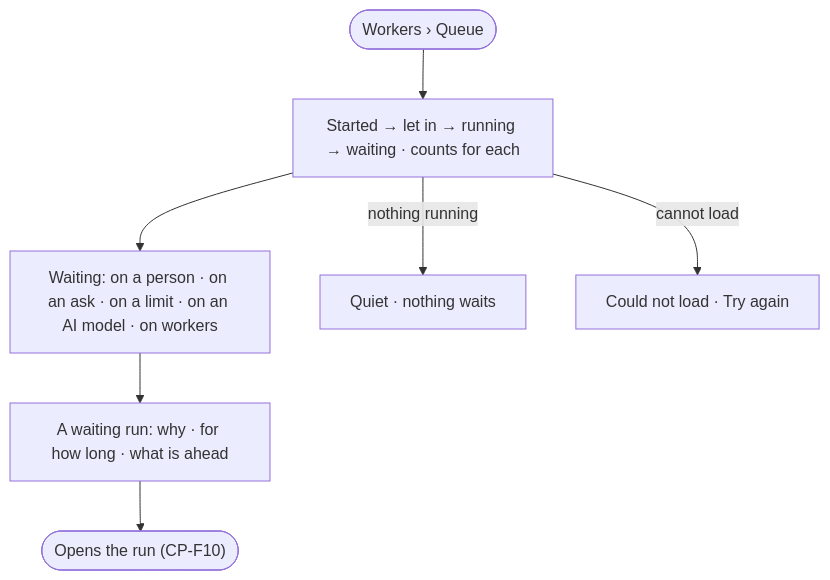
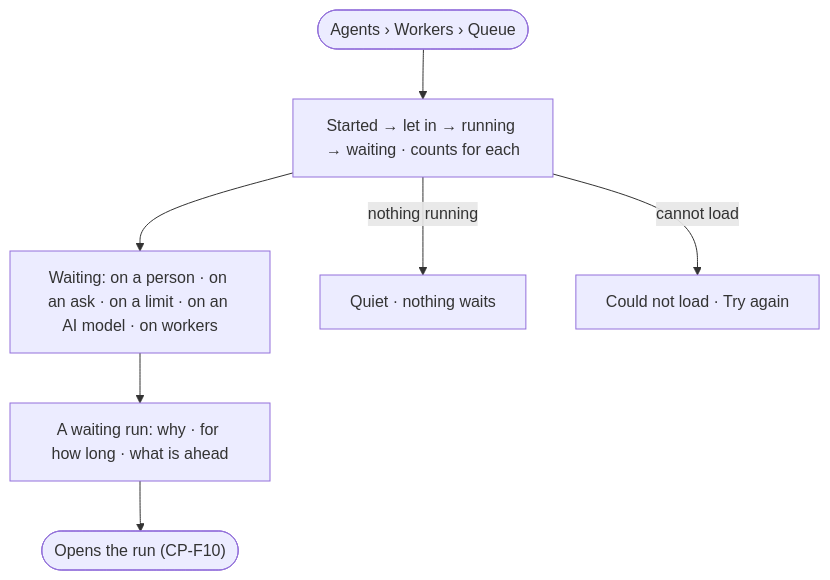
Before and after one commit to invana/invana: the diagram in specs/os/control/features/CP-F03-workers-and-the-queue/stories/CP-05-see-where-work-is-and-why-it-waits/story.md, drawn with Mermaid. The commit also changed other lines of this file and 106 other files, not shown here.

````diff
--- a/specs/os/control/features/CP-F03-workers-and-the-queue/stories/CP-05-see-where-work-is-and-why-it-waits/story.md
+++ b/specs/os/control/features/CP-F03-workers-and-the-queue/stories/CP-05-see-where-work-is-and-why-it-waits/story.md
@@ -26,9 +26,9 @@
 ```mermaid
 flowchart TD
-  s([Workers › Queue]) --> f["Started → let in → running → waiting · counts for each"]
+  s([Agents › Workers › Queue]) --> f["Started → let in → running → waiting · counts for each"]
   f --> w["Waiting: on a person · on an ask · on a limit · on an AI model · on workers"]
   w --> one["A waiting run: why · for how long · what is ahead"]
   one --> run(["Opens the run (CP-F10)"])
   f -->|nothing running| q["Quiet · nothing waits"]
   f -->|cannot load| e["Could not load · Try again"]
 ```
````
